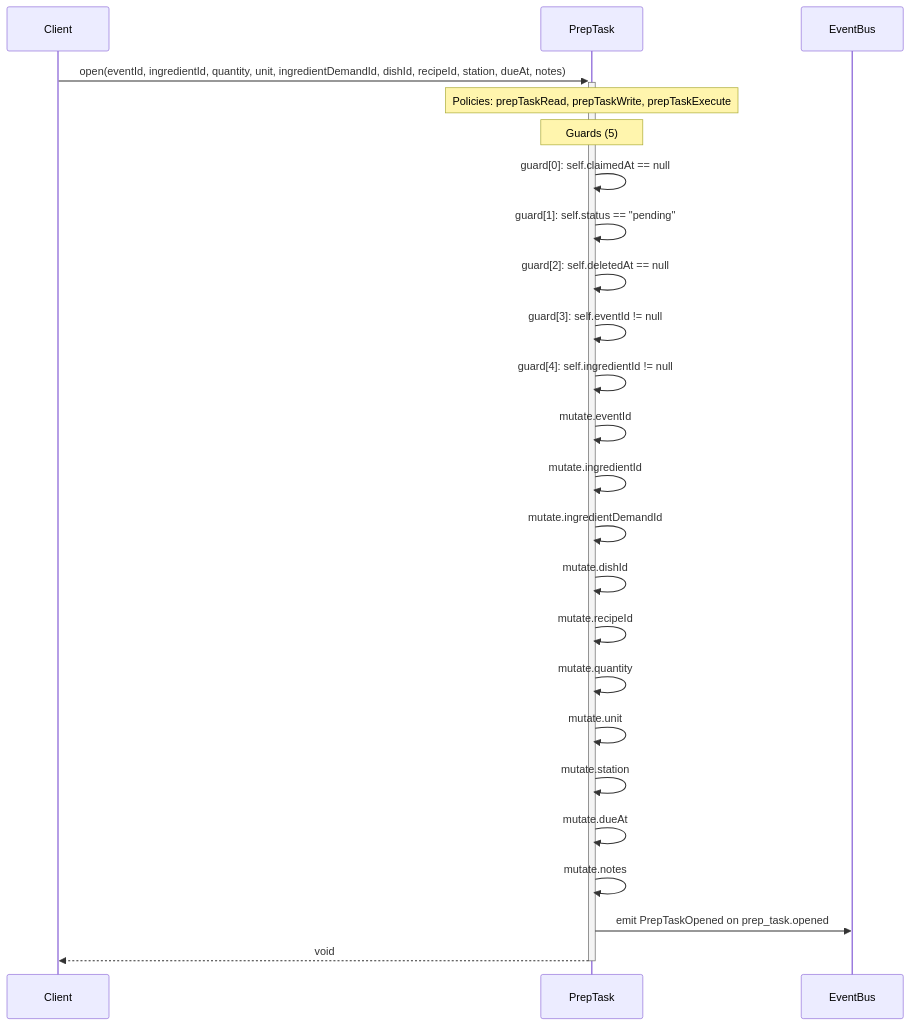
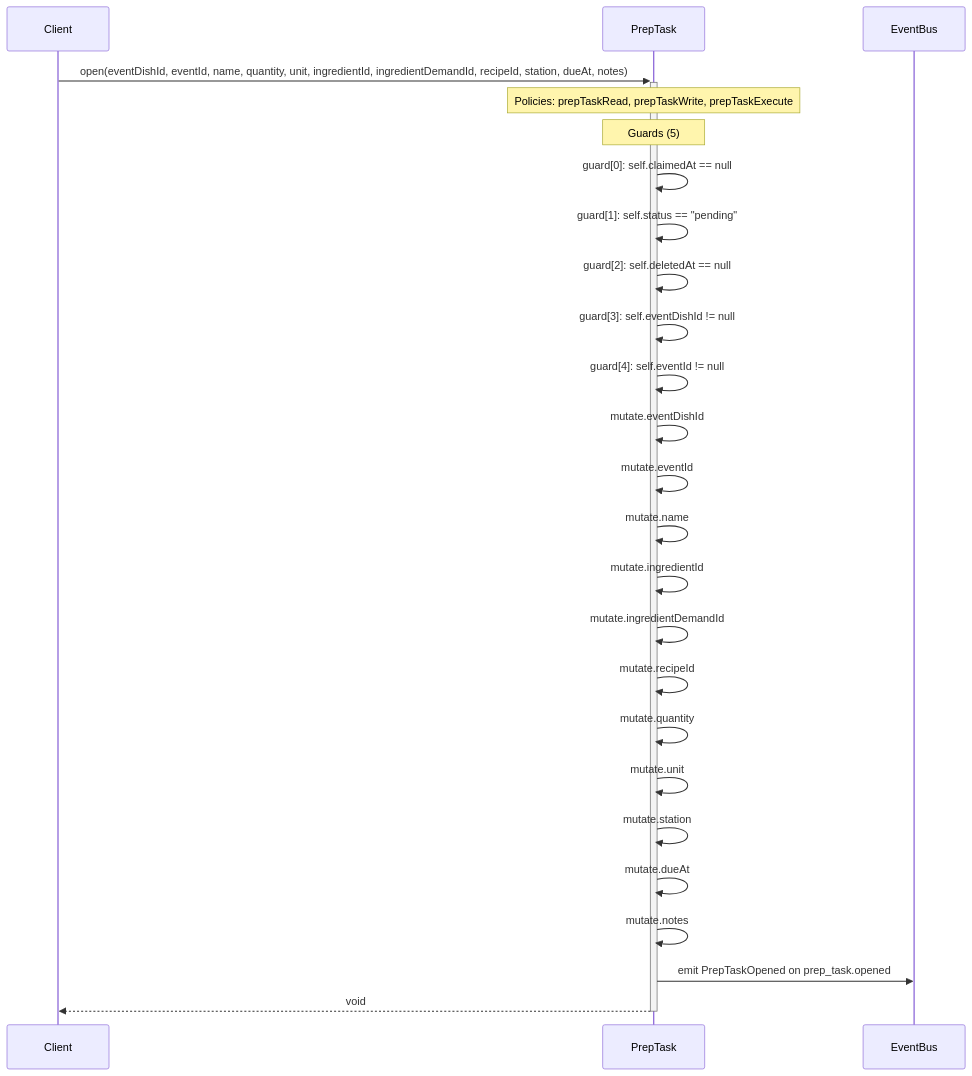
The diagram in diagrams/sequence-PrepTask-open.mmd (Angriff36/capsule), drawn with Mermaid before and after one commit. The commit also changed 322 other files, not shown here.

First line of the commit message:
feat(culinary): DishRecipe/MenuDish model, mid-service EventDish, Zod-wired regen

```diff
--- a/diagrams/sequence-PrepTask-open.mmd
+++ b/diagrams/sequence-PrepTask-open.mmd
@@ -1,24 +1,25 @@
 sequenceDiagram
     participant Client
     participant PrepTask as PrepTask
     participant EventBus
-    Client->>+PrepTask: open(eventId, ingredientId, quantity, unit, ingredientDemandId, dishId, recipeId, station, dueAt, notes)
+    Client->>+PrepTask: open(eventDishId, eventId, name, quantity, unit, ingredientId, ingredientDemandId, recipeId, station, dueAt, notes)
     Note over PrepTask: Policies: prepTaskRead, prepTaskWrite, prepTaskExecute
     Note over PrepTask: Guards (5)
     PrepTask->>PrepTask: guard[0]: self.claimedAt == null
     PrepTask->>PrepTask: guard[1]: self.status == #quot;pending#quot;
     PrepTask->>PrepTask: guard[2]: self.deletedAt == null
-    PrepTask->>PrepTask: guard[3]: self.eventId != null
-    PrepTask->>PrepTask: guard[4]: self.ingredientId != null
+    PrepTask->>PrepTask: guard[3]: self.eventDishId != null
+    PrepTask->>PrepTask: guard[4]: self.eventId != null
+    PrepTask->>PrepTask: mutate.eventDishId
     PrepTask->>PrepTask: mutate.eventId
+    PrepTask->>PrepTask: mutate.name
     PrepTask->>PrepTask: mutate.ingredientId
     PrepTask->>PrepTask: mutate.ingredientDemandId
-    PrepTask->>PrepTask: mutate.dishId
     PrepTask->>PrepTask: mutate.recipeId
     PrepTask->>PrepTask: mutate.quantity
     PrepTask->>PrepTask: mutate.unit
     PrepTask->>PrepTask: mutate.station
     PrepTask->>PrepTask: mutate.dueAt
     PrepTask->>PrepTask: mutate.notes
     PrepTask->>EventBus: emit PrepTaskOpened on prep_task.opened
     PrepTask-->>-Client: void
```
